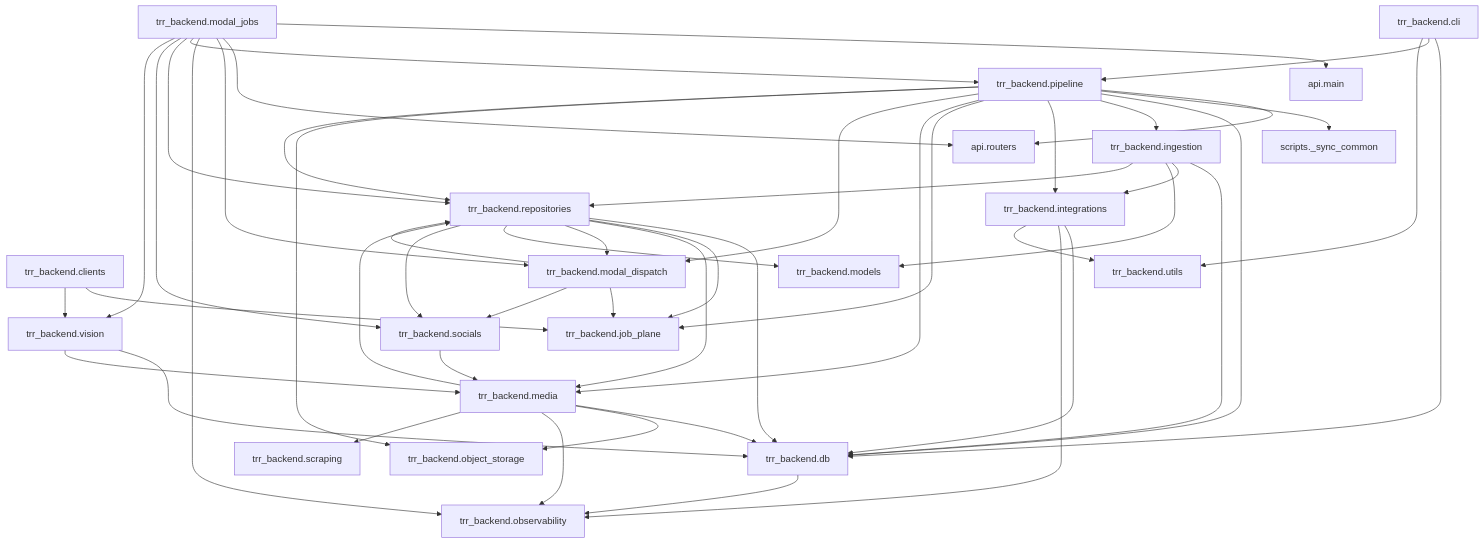
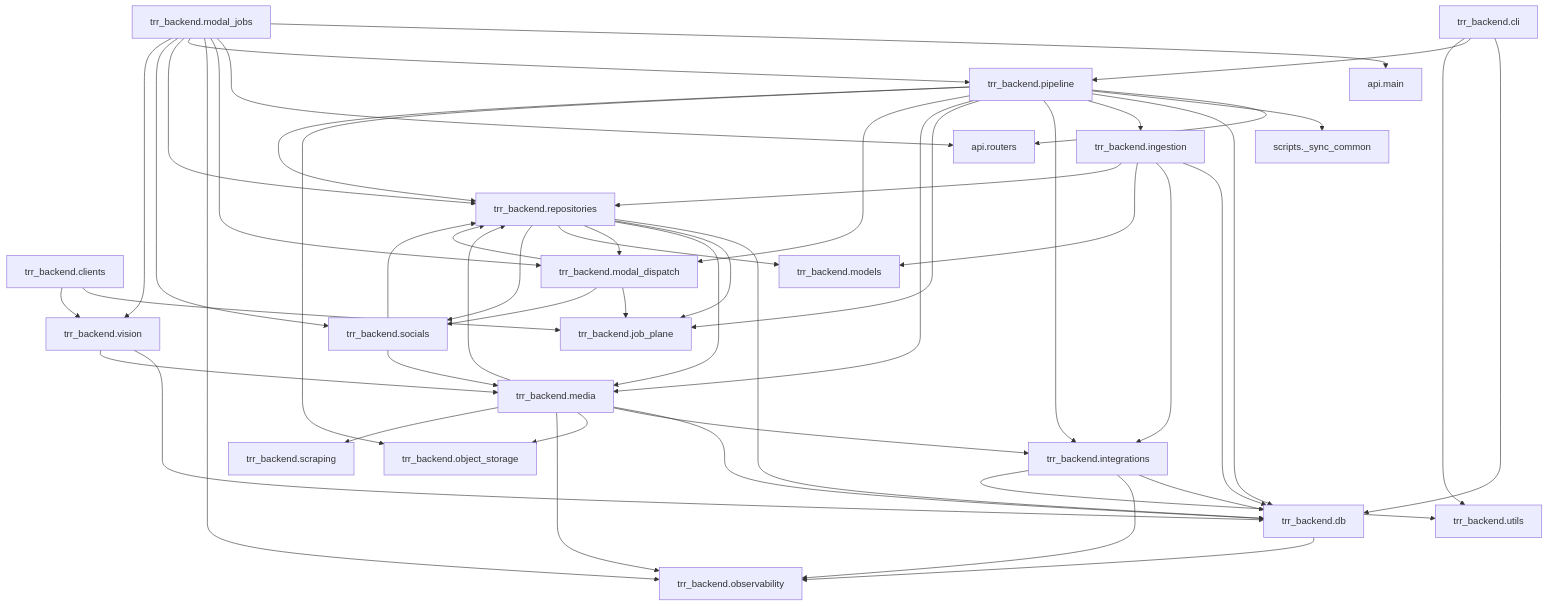
The diagram in docs/Repository/generated/CODE_IMPORT_GRAPH.md (therealityreport/trr-backend), drawn with Mermaid before and after one commit. The commit also changed 94 other files, not shown here.

````diff
--- a/docs/Repository/generated/CODE_IMPORT_GRAPH.md
+++ b/docs/Repository/generated/CODE_IMPORT_GRAPH.md
@@ -3,73 +3,75 @@
 ```mermaid
 flowchart TB
     n0["api.main"]
     n1["api.routers"]
     n2["scripts._sync_common"]
     n3["trr_backend.cli"]
     n4["trr_backend.clients"]
     n5["trr_backend.db"]
     n6["trr_backend.ingestion"]
     n7["trr_backend.integrations"]
     n8["trr_backend.job_plane"]
     n9["trr_backend.media"]
     n10["trr_backend.modal_dispatch"]
     n11["trr_backend.modal_jobs"]
     n12["trr_backend.models"]
     n13["trr_backend.object_storage"]
     n14["trr_backend.observability"]
     n15["trr_backend.pipeline"]
     n16["trr_backend.repositories"]
     n17["trr_backend.scraping"]
     n18["trr_backend.socials"]
     n19["trr_backend.utils"]
     n20["trr_backend.vision"]
 
     n3 --> n5
     n3 --> n15
     n3 --> n19
     n4 --> n8
     n4 --> n20
     n5 --> n14
     n6 --> n5
     n6 --> n7
     n6 --> n12
     n6 --> n16
     n7 --> n5
     n7 --> n14
     n7 --> n19
     n9 --> n5
+    n9 --> n7
     n9 --> n13
     n9 --> n14
     n9 --> n16
     n9 --> n17
     n10 --> n8
     n10 --> n16
     n10 --> n18
     n11 --> n0
     n11 --> n1
     n11 --> n10
     n11 --> n14
     n11 --> n15
     n11 --> n16
     n11 --> n18
     n11 --> n20
     n15 --> n1
     n15 --> n2
     n15 --> n5
     n15 --> n6
     n15 --> n7
     n15 --> n8
     n15 --> n9
     n15 --> n10
     n15 --> n13
     n15 --> n16
     n16 --> n5
     n16 --> n8
     n16 --> n9
     n16 --> n10
     n16 --> n12
     n16 --> n18
     n18 --> n9
+    n18 --> n16
     n20 --> n5
     n20 --> n9
 ```
````
